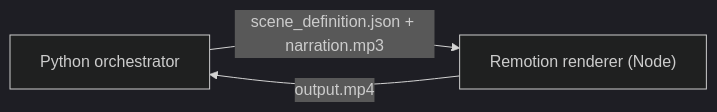
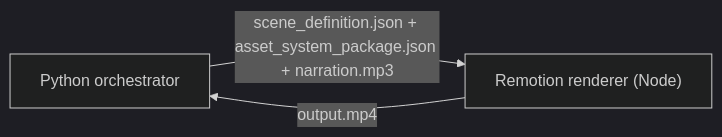
One commit to quyennguyenhuu418-commits/AppYoutube changed the fifth of 6 diagrams in docs/DEPENDENCY_GRAPH.md. Above: the diagram before and after it, drawn with Mermaid (dark theme). The commit also changed other lines of this file and 188 other files, not shown here.

````diff
--- a/docs/DEPENDENCY_GRAPH.md
+++ b/docs/DEPENDENCY_GRAPH.md
@@ -129,5 +176,5 @@
 ```mermaid
 flowchart LR
-    Python["Python orchestrator"] -- scene_definition.json + narration.mp3 --> Node["Remotion renderer (Node)"]
+    Python["Python orchestrator"] -- scene_definition.json + asset_system_package.json + narration.mp3 --> Node["Remotion renderer (Node)"]
     Node -- output.mp4 --> Python
 ```
````
